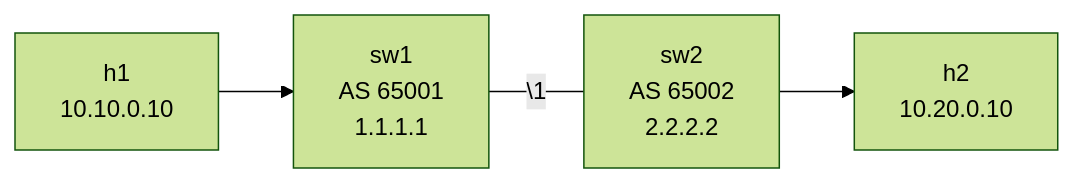
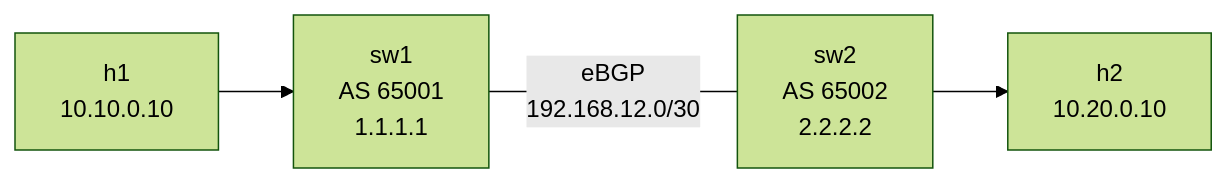
The diagram in labs/20-bgp-fundamentals/README.md (alukacs03/clauntainerlab), drawn with Mermaid (forest theme) before and after one commit. The commit also changed other lines of this file and 73 other files, not shown here.

````diff
--- a/labs/20-bgp-fundamentals/README.md
+++ b/labs/20-bgp-fundamentals/README.md
@@ -29,6 +29,6 @@
 ```mermaid
 graph LR
     h1[h1<br/>10.10.0.10] --> sw1
-    sw1[sw1<br/>AS 65001<br/>1.1.1.1] ---|\1| sw2[sw2<br/>AS 65002<br/>2.2.2.2]
+    sw1[sw1<br/>AS 65001<br/>1.1.1.1] ---|eBGP<br/>192.168.12.0/30| sw2[sw2<br/>AS 65002<br/>2.2.2.2]
     sw2 --> h2[h2<br/>10.20.0.10]
 ```
````
